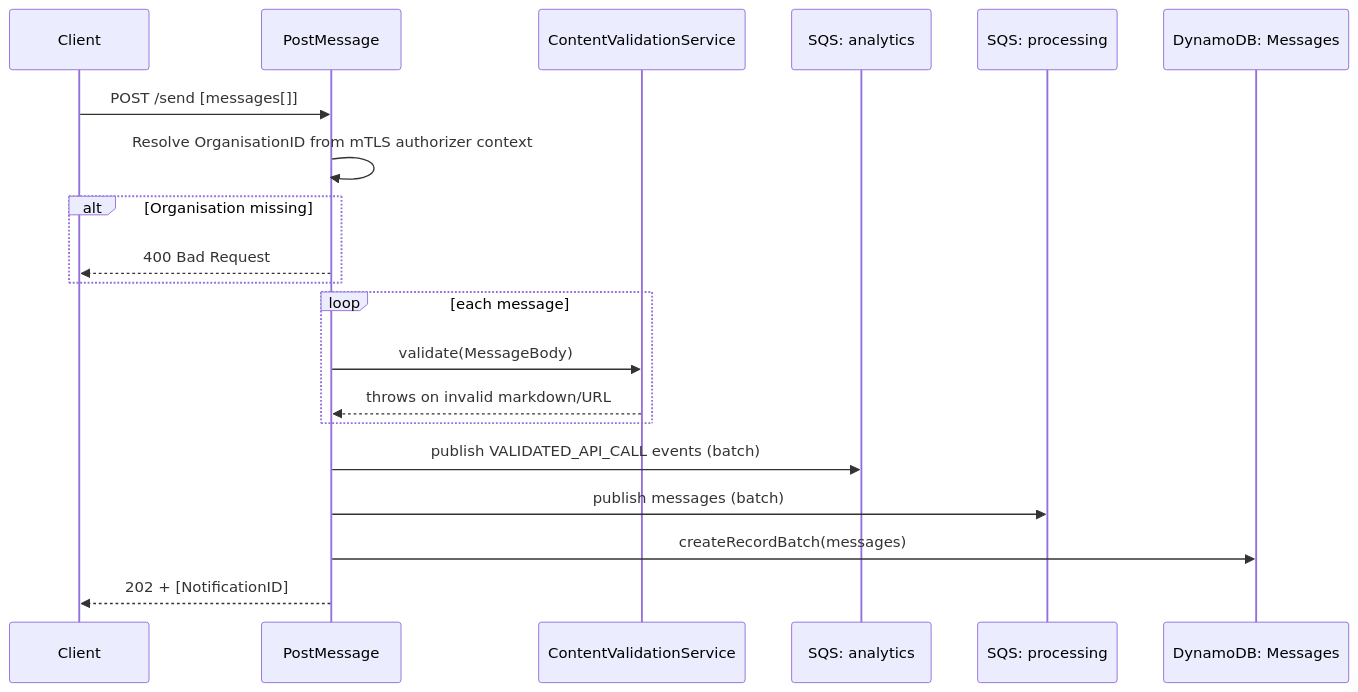
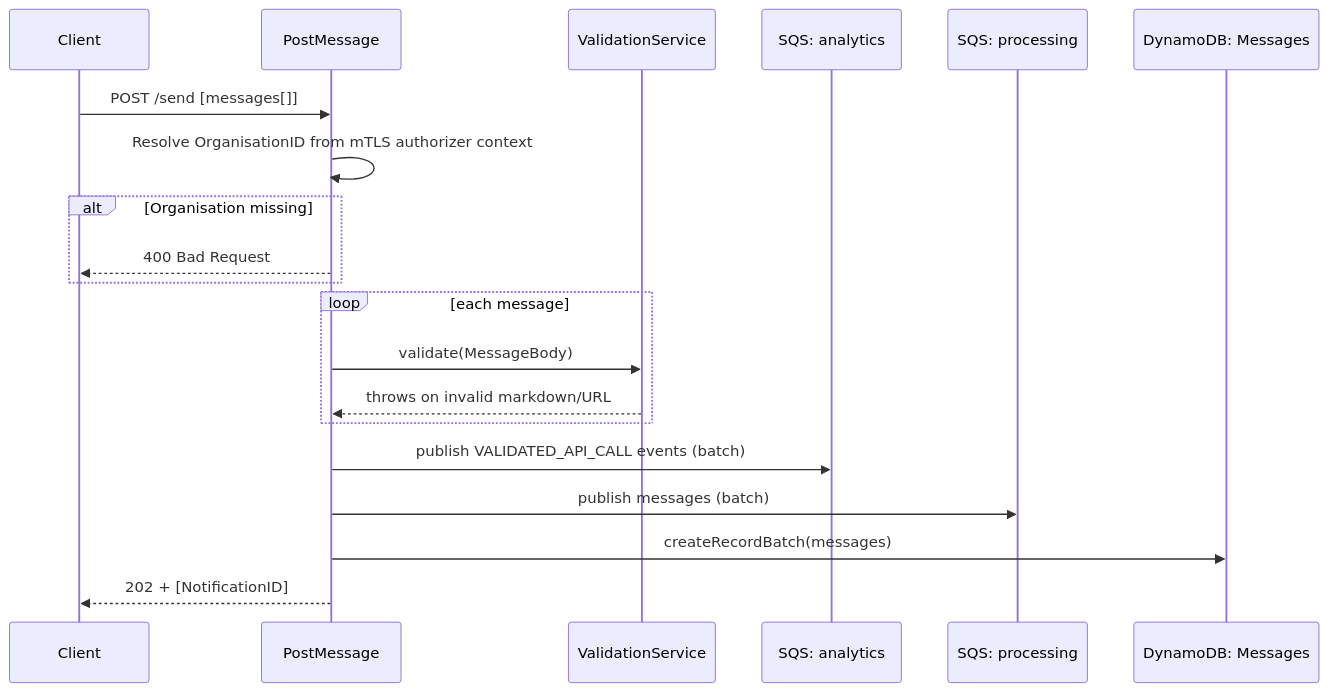
Before and after one commit to govuk-once/gds-unified-notification-service: the diagram in src/lambdas/pso/http.postMessage/README.md, drawn with Mermaid. The commit also changed other lines of this file and 9 other files, not shown here.

````diff
--- a/src/lambdas/pso/http.postMessage/README.md
+++ b/src/lambdas/pso/http.postMessage/README.md
@@ -32,23 +35,23 @@
 ```mermaid
 sequenceDiagram
     participant Client
     participant PostMessage
-    participant ContentValidationService
+    participant ValidationService
     participant AnalyticsQueue as SQS: analytics
     participant ProcessingQueue as SQS: processing
     participant DynamoDB as DynamoDB: Messages
 
     Client->>PostMessage: POST /send [messages[]]
     PostMessage->>PostMessage: Resolve OrganisationID from mTLS authorizer context
     alt Organisation missing
         PostMessage-->>Client: 400 Bad Request
     end
     loop each message
-        PostMessage->>ContentValidationService: validate(MessageBody)
-        ContentValidationService-->>PostMessage: throws on invalid markdown/URL
+        PostMessage->>ValidationService: validate(MessageBody)
+        ValidationService-->>PostMessage: throws on invalid markdown/URL
     end
     PostMessage->>AnalyticsQueue: publish VALIDATED_API_CALL events (batch)
     PostMessage->>ProcessingQueue: publish messages (batch)
     PostMessage->>DynamoDB: createRecordBatch(messages)
     PostMessage-->>Client: 202 + [NotificationID]
 ```
````
